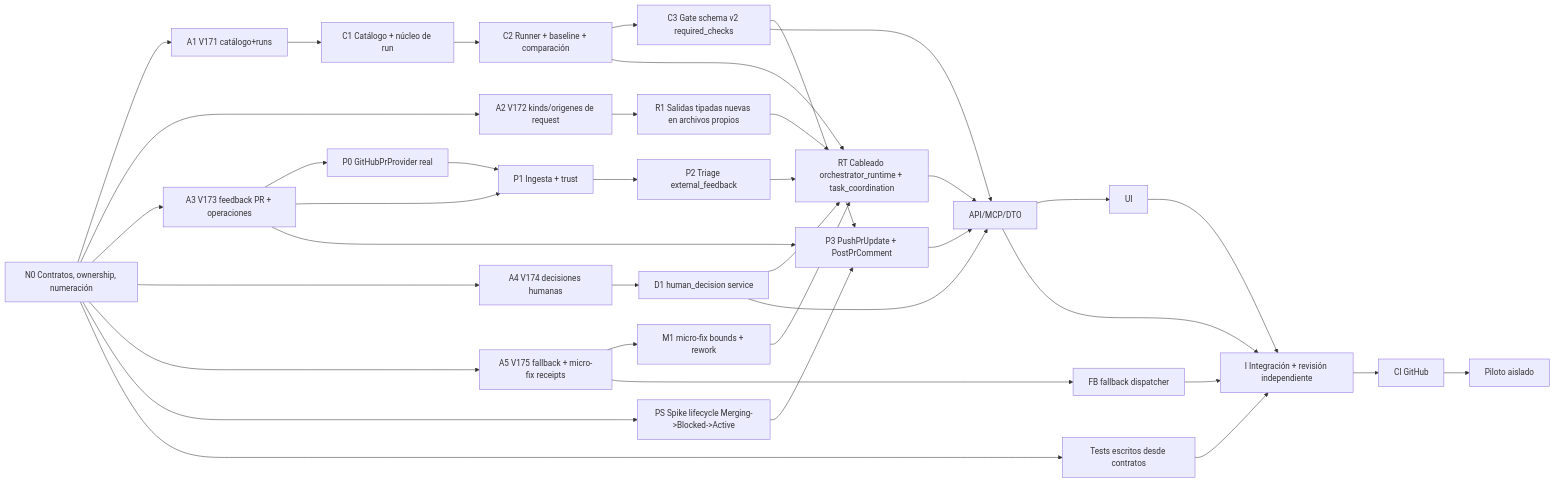
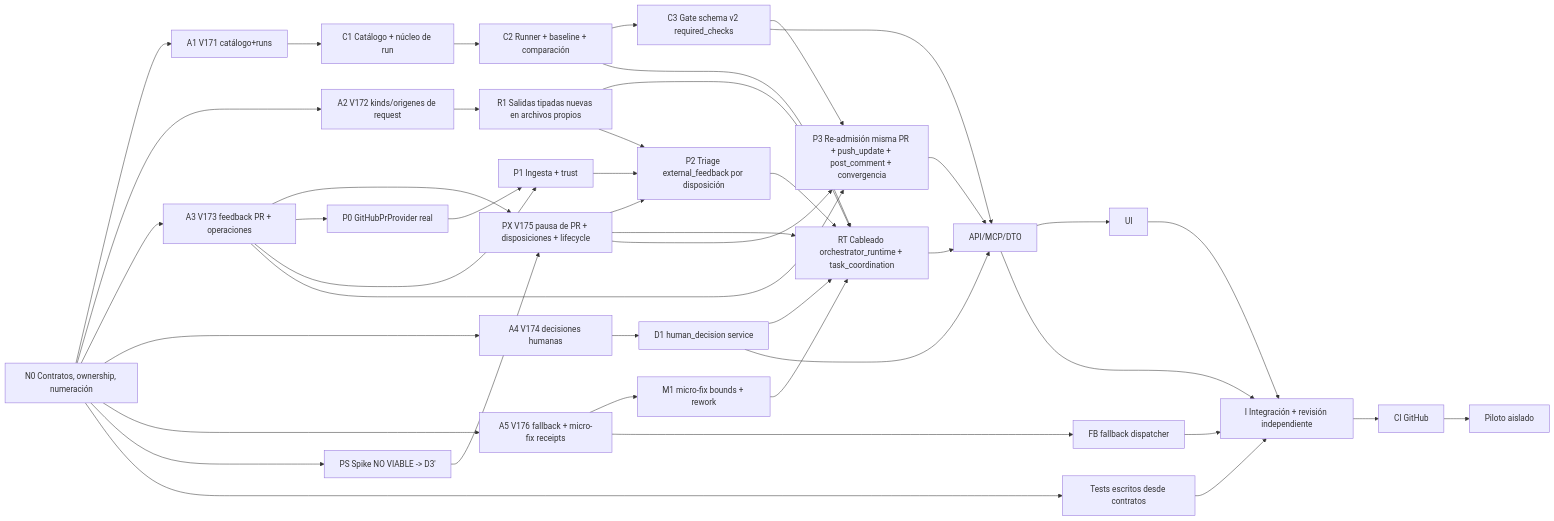
The diagram in docs/plans/coordinator-verification-and-pr-loop.md (AlRos14/forge), drawn with Mermaid before and after one commit. The commit also changed other lines of this file, not shown here.

Commit message:
docs: freeze phase 2 PR feedback rework design (D3')

````diff
--- a/docs/plans/coordinator-verification-and-pr-loop.md
+++ b/docs/plans/coordinator-verification-and-pr-loop.md
@@ -1169,40 +1535,45 @@
 ```mermaid
 flowchart LR
   N0[N0 Contratos, ownership, numeración] --> A1[A1 V171 catálogo+runs]
   N0 --> A2[A2 V172 kinds/origenes de request]
   N0 --> A3[A3 V173 feedback PR + operaciones]
   N0 --> A4[A4 V174 decisiones humanas]
-  N0 --> A5[A5 V175 fallback + micro-fix receipts]
+  N0 --> A5[A5 V176 fallback + micro-fix receipts]
+  A3 --> PX[PX V175 pausa de PR + disposiciones + lifecycle]
   A1 --> C1[C1 Catálogo + núcleo de run]
   C1 --> C2[C2 Runner + baseline + comparación]
   C2 --> C3[C3 Gate schema v2 required_checks]
   A2 --> R1[R1 Salidas tipadas nuevas en archivos propios]
   R1 --> RT[RT Cableado orchestrator_runtime + task_coordination]
   C2 --> RT
   A4 --> D1[D1 human_decision service]
   D1 --> RT
   A5 --> M1[M1 micro-fix bounds + rework]
   M1 --> RT
   A5 --> FB[FB fallback dispatcher]
   A3 --> P0[P0 GitHubPrProvider real]
   P0 --> P1[P1 Ingesta + trust]
   A3 --> P1
-  P1 --> P2[P2 Triage external_feedback]
+  P1 --> P2[P2 Triage external_feedback por disposición]
+  PX --> P2
+  R1 --> P2
   P2 --> RT
-  N0 --> PS[PS Spike lifecycle Merging->Blocked->Active]
-  PS --> P3[P3 PushPrUpdate + PostPrComment]
+  PX --> RT
+  N0 --> PS[PS Spike NO VIABLE -> D3']
+  PS --> PX
+  PX --> P3[P3 Re-admisión misma PR + push_update + post_comment + convergencia]
   A3 --> P3
   C3 --> P3
   RT --> API[API/MCP/DTO]
   D1 --> API
   P3 --> API
   C3 --> API
   API --> UI[UI]
   N0 --> T[Tests escritos desde contratos]
   API --> I[I Integración + revisión independiente]
   UI --> I
   T --> I
   FB --> I
   I --> CI[CI GitHub]
   CI --> PIL[Piloto aislado]
 ```
````
